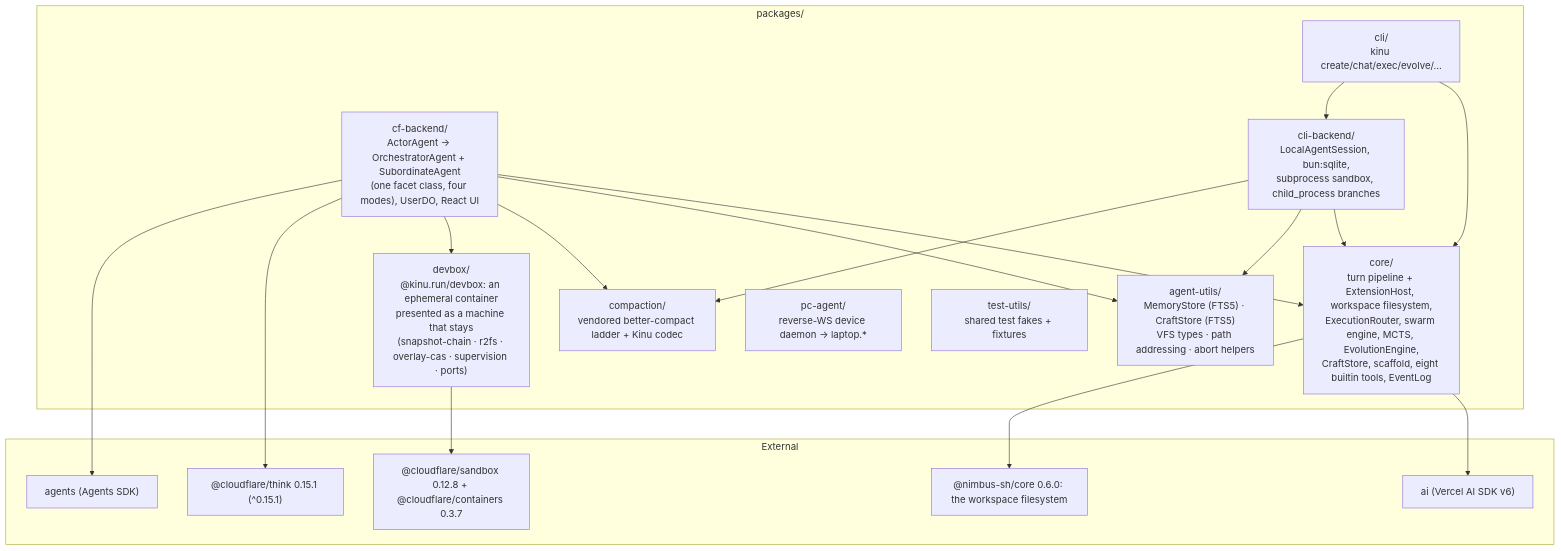
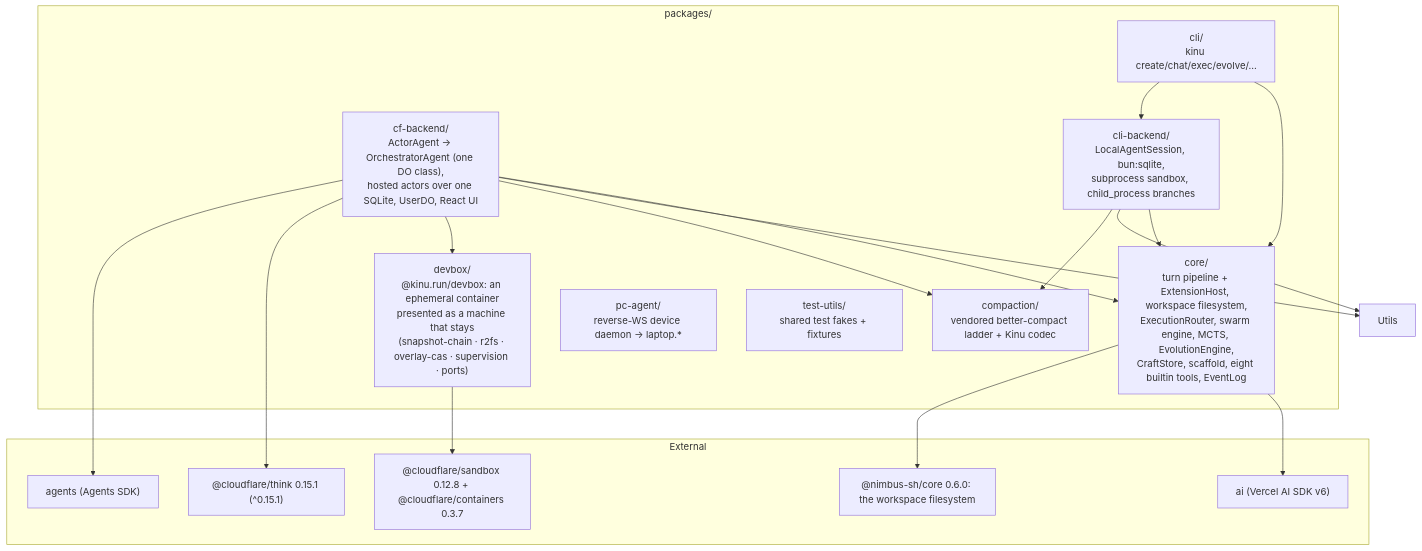
Before and after one commit to AshishKumar4/kinu: the fifth of 5 diagrams in docs/ARCHITECTURE.md, drawn with Mermaid. The commit also changed other lines of this file and 398 other files, not shown here.

````diff
--- a/docs/ARCHITECTURE.md
+++ b/docs/ARCHITECTURE.md
@@ -465,38 +473,37 @@
 ```mermaid
 graph TB
     subgraph pkgs["packages/"]
         Core["core/<br/>turn pipeline + ExtensionHost, workspace filesystem,<br/>ExecutionRouter, swarm engine, MCTS, EvolutionEngine,<br/>CraftStore, scaffold, eight builtin tools, EventLog"]
-        Utils["agent-utils/<br/>MemoryStore (FTS5) · CraftStore (FTS5)<br/>VFS types · path addressing · abort helpers"]
+        CF["cf-backend/<br/>ActorAgent → OrchestratorAgent (one DO class),<br/>hosted actors over one SQLite, UserDO, React UI"]
         Compact["compaction/<br/>vendored better-compact ladder + Kinu codec"]
         Devbox["devbox/<br/>@kinu.run/devbox: an ephemeral container<br/>presented as a machine that stays<br/>(snapshot-chain · r2fs · overlay-cas · supervision · ports)"]
-        CF["cf-backend/<br/>ActorAgent → OrchestratorAgent + SubordinateAgent<br/>(one facet class, four modes), UserDO, React UI"]
         CLI["cli/<br/>kinu create/chat/exec/evolve/…"]
         CLIB["cli-backend/<br/>LocalAgentSession, bun:sqlite,<br/>subprocess sandbox, child_process branches"]
         PC["pc-agent/<br/>reverse-WS device daemon → laptop.*"]
         TU["test-utils/<br/>shared test fakes + fixtures"]
     end
 
     CF --> Core
     CF --> Utils
     CF --> Compact
     CF --> Devbox
     CLI --> Core
     CLI --> CLIB
     CLIB --> Core
     CLIB --> Utils
     CLIB --> Compact
 
     subgraph ext["External"]
         Think["@cloudflare/think 0.15.1 (^0.15.1)"]
         Agents["agents (Agents SDK)"]
         AISDK["ai (Vercel AI SDK v6)"]
         Nimbus["@nimbus-sh/core 0.6.0: the workspace filesystem"]
         Sandbox["@cloudflare/sandbox 0.12.8 + @cloudflare/containers 0.3.7"]
     end
 
     CF --> Think
     CF --> Agents
     Core --> AISDK
     Core --> Nimbus
     Devbox --> Sandbox
 ```
````
